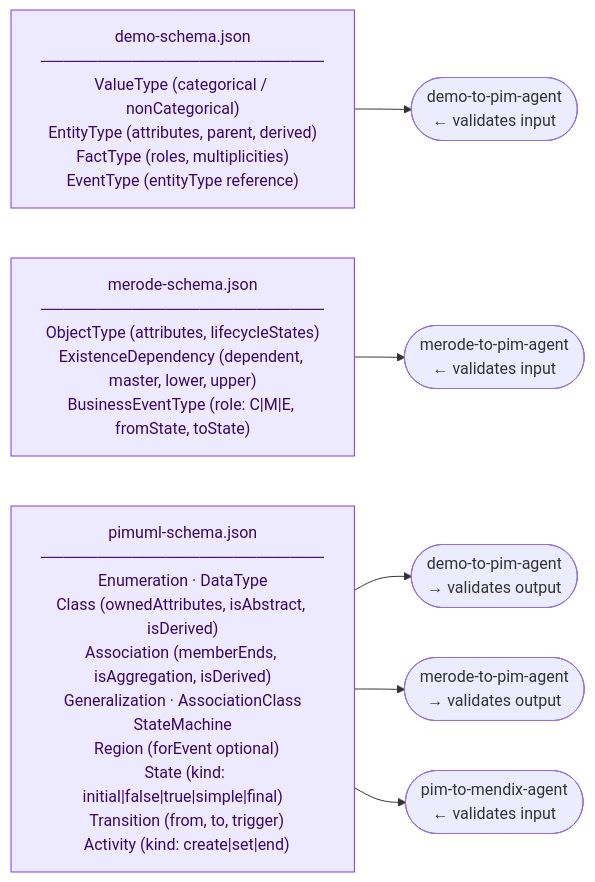
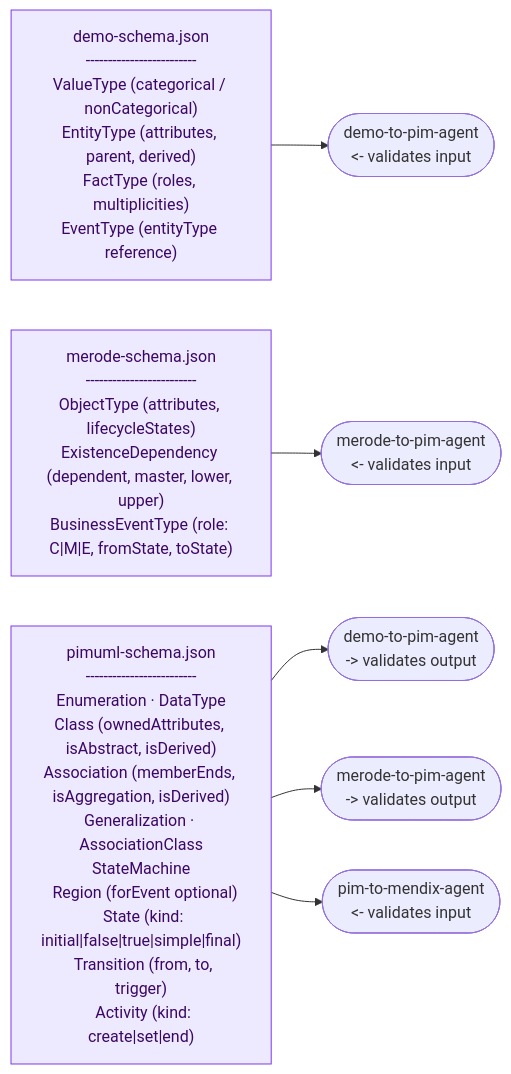
One commit to erikproper/demo-merode-mda-pipeline changed the third of 4 diagrams in thesis-notes/ARCHITECTURE.md. Above: the diagram before and after it, drawn with Mermaid. The commit also changed other lines of this file and 26 other files, not shown here.

````diff
--- a/thesis-notes/ARCHITECTURE.md
+++ b/thesis-notes/ARCHITECTURE.md
@@ -136,22 +136,22 @@
 ```mermaid
 flowchart LR
     classDef schema fill:#ede9fe,stroke:#7c3aed,color:#3b0764
 
-    DS["demo-schema.json\n─────────────────────────\nValueType (categorical / nonCategorical)\nEntityType (attributes, parent, derived)\nFactType (roles, multiplicities)\nEventType (entityType reference)"]:::schema
+    DS["demo-schema.json\n-------------------------\nValueType (categorical / nonCategorical)\nEntityType (attributes, parent, derived)\nFactType (roles, multiplicities)\nEventType (entityType reference)"]:::schema
 
-    MS["merode-schema.json\n─────────────────────────\nObjectType (attributes, lifecycleStates)\nExistenceDependency (dependent, master, lower, upper)\nBusinessEventType (role: C|M|E, fromState, toState)"]:::schema
+    MS["merode-schema.json\n-------------------------\nObjectType (attributes, lifecycleStates)\nExistenceDependency (dependent, master, lower, upper)\nBusinessEventType (role: C|M|E, fromState, toState)"]:::schema
 
-    PS["pimuml-schema.json\n─────────────────────────\nEnumeration · DataType\nClass (ownedAttributes, isAbstract, isDerived)\nAssociation (memberEnds, isAggregation, isDerived)\nGeneralization · AssociationClass\nStateMachine\n  Region (forEvent optional)\n  State (kind: initial|false|true|simple|final)\n  Transition (from, to, trigger)\n  Activity (kind: create|set|end)"]:::schema
+    PS["pimuml-schema.json\n-------------------------\nEnumeration · DataType\nClass (ownedAttributes, isAbstract, isDerived)\nAssociation (memberEnds, isAggregation, isDerived)\nGeneralization · AssociationClass\nStateMachine\n  Region (forEvent optional)\n  State (kind: initial|false|true|simple|final)\n  Transition (from, to, trigger)\n  Activity (kind: create|set|end)"]:::schema
 
-    DA_IN(["demo-to-pim-agent\n← validates input"])
-    MA_IN(["merode-to-pim-agent\n← validates input"])
-    DA_OUT(["demo-to-pim-agent\n→ validates output"])
-    MA_OUT(["merode-to-pim-agent\n→ validates output"])
-    MX_IN(["pim-to-mendix-agent\n← validates input"])
+    DA_IN(["demo-to-pim-agent\n<- validates input"])
+    MA_IN(["merode-to-pim-agent\n<- validates input"])
+    DA_OUT(["demo-to-pim-agent\n-> validates output"])
+    MA_OUT(["merode-to-pim-agent\n-> validates output"])
+    MX_IN(["pim-to-mendix-agent\n<- validates input"])
 
     DS --> DA_IN
     MS --> MA_IN
     PS --> DA_OUT
     PS --> MA_OUT
     PS --> MX_IN
 ```
````
